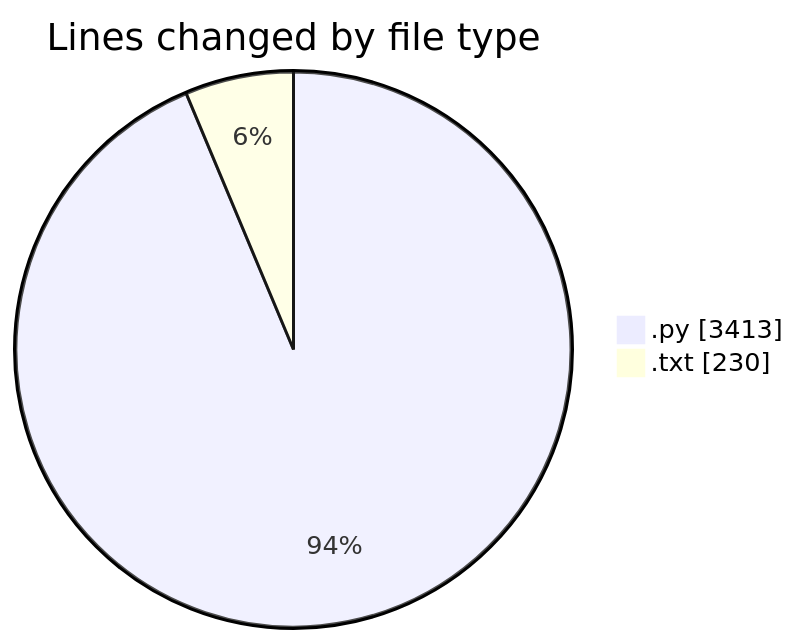
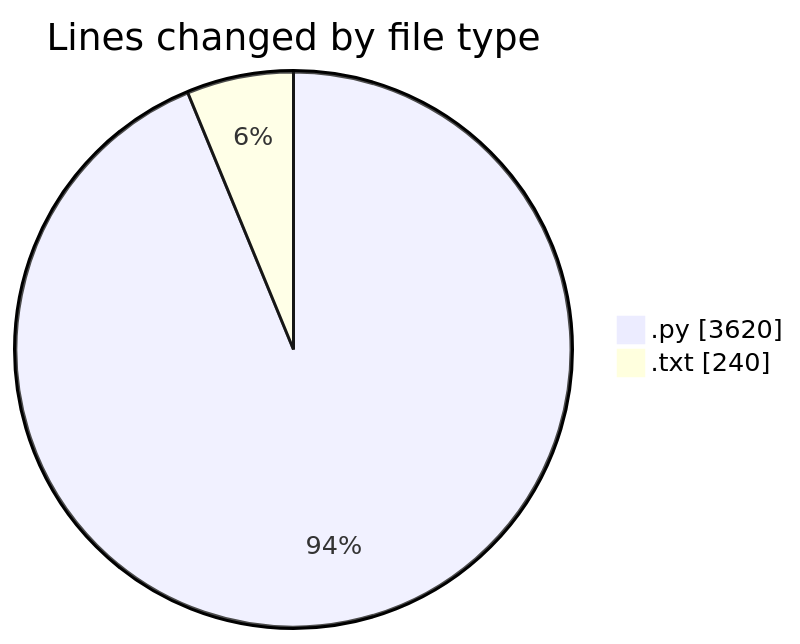
One commit to Ritupan-Deka/code-tracking changed the first of 2 diagrams in 2025-05-26/zip_file/README.md. Above: the diagram before and after it, drawn with Mermaid. The commit also changed other lines of this file and 1 other file, not shown here.

````diff
--- a/2025-05-26/zip_file/README.md
+++ b/2025-05-26/zip_file/README.md
@@ -31,6 +32,6 @@
 ```mermaid
 pie showData
 title Lines changed by file type
-".py" : 3413
-".txt" : 230
+".py" : 3620
+".txt" : 240
 ```
````
